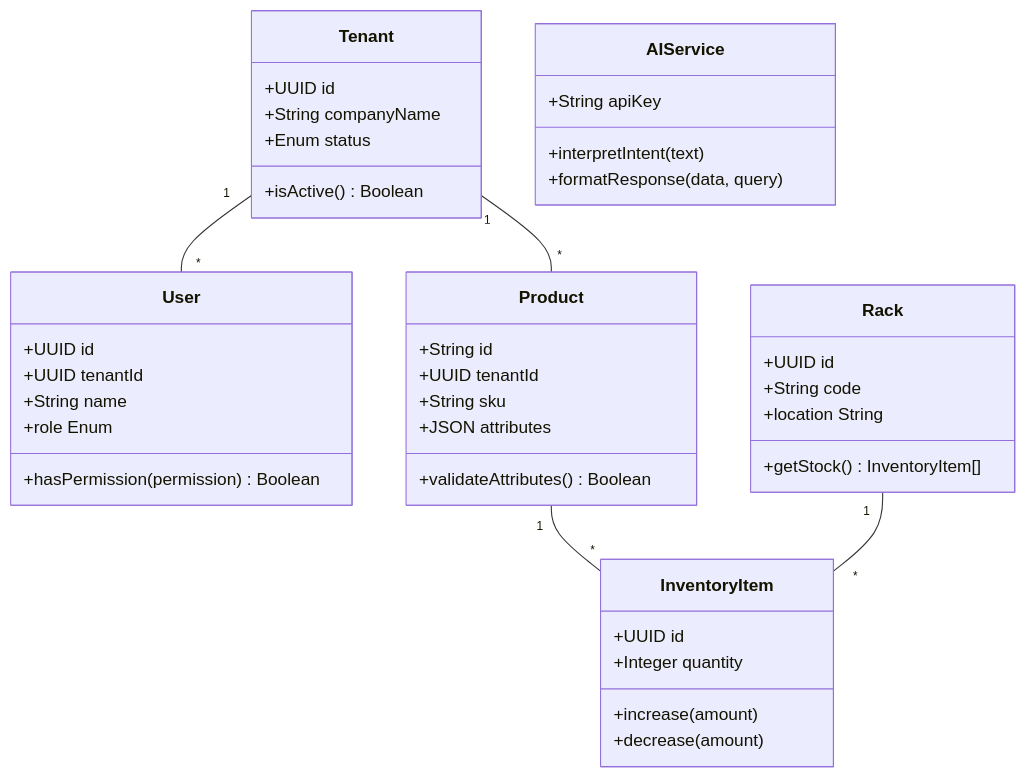
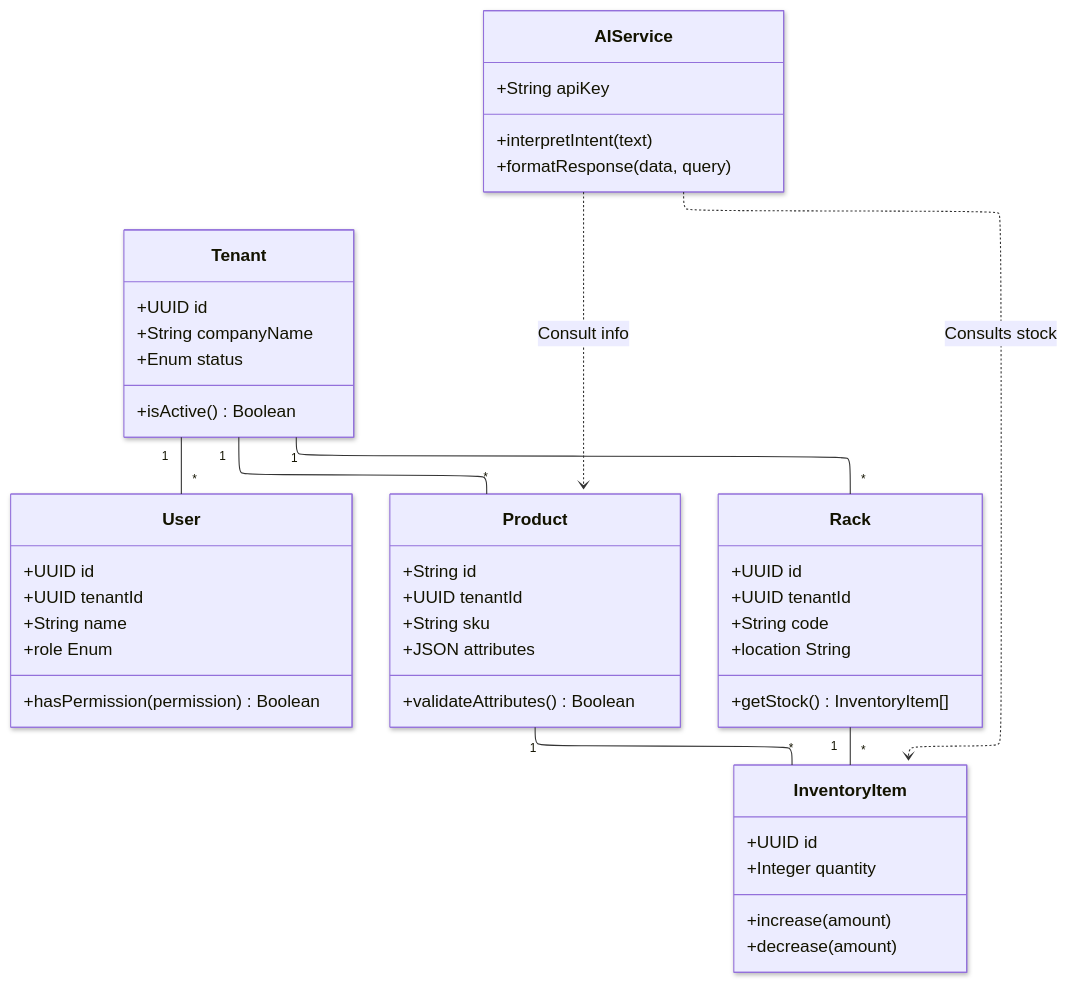
Before and after one commit to NahuelCabrera13/ProyectFinal: the second of 6 diagrams in Documentation.md, drawn with Mermaid. The commit also changed other lines of this file, not shown here.

Commit message:
ajuste de diagramas

````diff
--- a/Documentation.md
+++ b/Documentation.md
@@ -90,45 +148,60 @@
 ```mermaid
+---
+config:
+  layout: elk
+  look: neo
+  theme: default
+---
 classDiagram
-    class Tenant {
+    classDef core fill:#fff3e0,stroke:#e65100,stroke-width:2px;
+    classDef data fill:#fff3e0,stroke:#e65100,stroke-width:2px;
+    classDef ai #fff3e0,stroke:#e65100,stroke-width:2px;
+
+    class Tenant:::core {
         +UUID id
         +String companyName
         +Enum status
         +isActive() Boolean
     }
-    class User {
+    class User:::core {
         +UUID id
         +UUID tenantId
         +String name
         +role Enum
         +hasPermission(permission) Boolean
     }
-    class Product {
+    class Product:::data {
         +String id
         +UUID tenantId
         +String sku
         +JSON attributes
         +validateAttributes() Boolean
     }
-    class Rack {
+    class Rack:::data {
         +UUID id
+        +UUID tenantId
         +String code
         +location String
         +getStock() InventoryItem[]
     }
-    class InventoryItem {
+    class InventoryItem:::data {
         +UUID id
         +Integer quantity
         +increase(amount)
         +decrease(amount)
     }
-    class AIService {
+    class AIService:::ai {
         +String apiKey
         +interpretIntent(text)
         +formatResponse(data, query)
     }
 
     Tenant "1" -- "*" User
     Tenant "1" -- "*" Product
+    Tenant "1" -- "*" Rack
     Product "1" -- "*" InventoryItem
     Rack "1" -- "*" InventoryItem
+
+    AIService ..> Product: Consult info
+    AIService ..> InventoryItem : Consults stock
 ```
````
